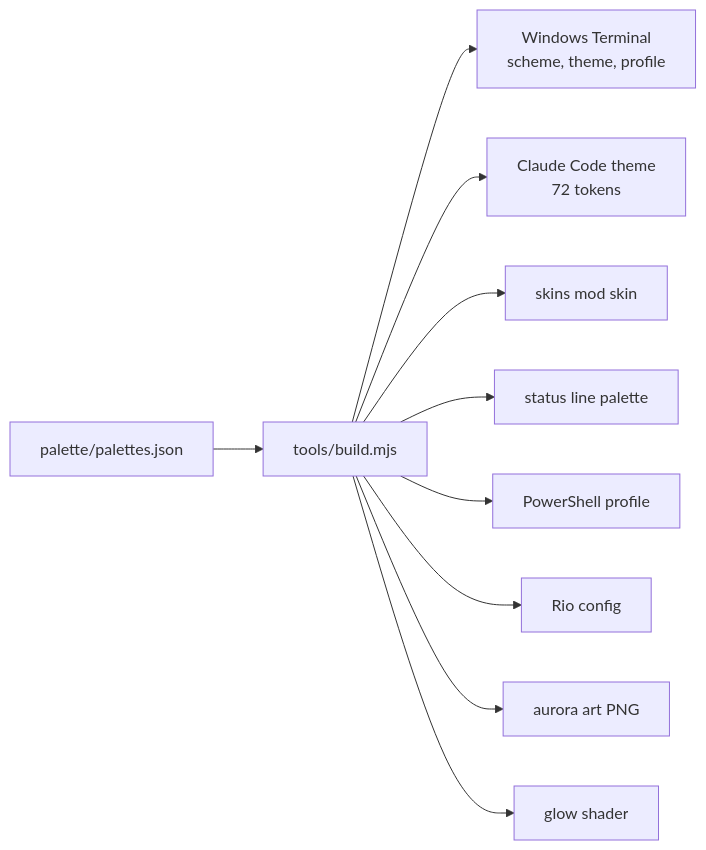
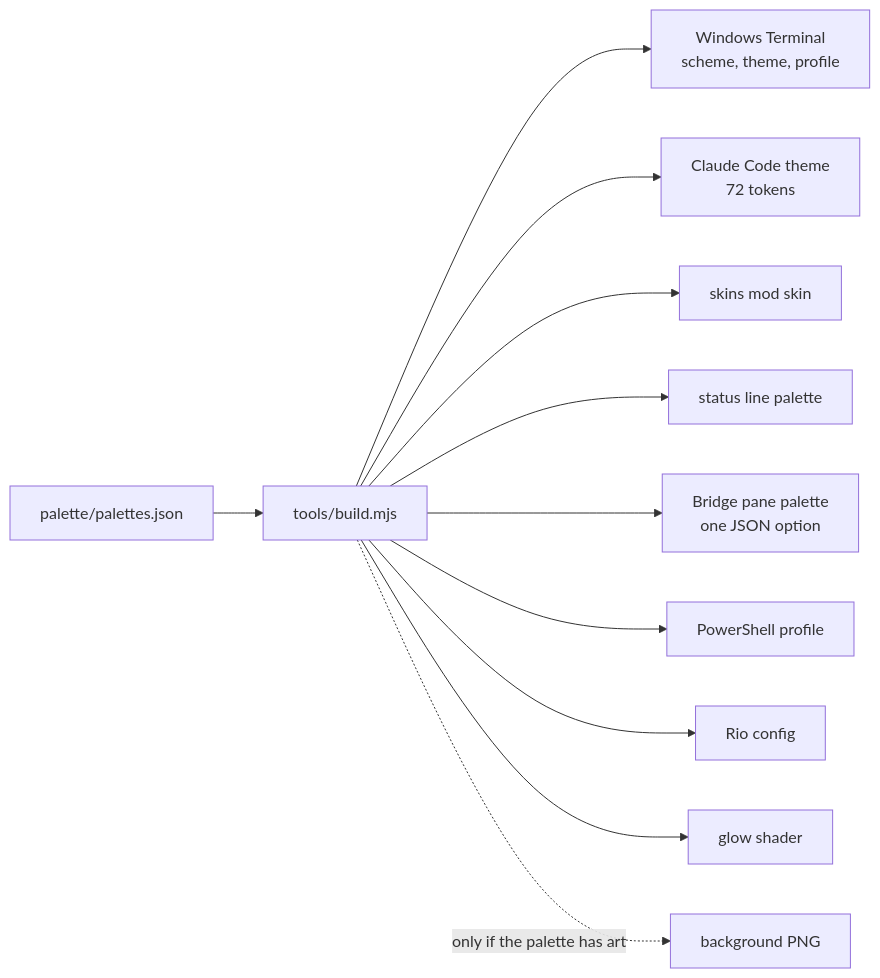
One commit to KanaparthySaiSreekar/claude-rice changed the diagram in v2-win/README.md. Above: the diagram before and after it, drawn with Mermaid. The commit also changed other lines of this file and 59 other files, not shown here.

First line of the commit message:
v2-win 2.1: Claude Ember, plain black palettes, and the first-party Bridge pane

````diff
--- a/v2-win/README.md
+++ b/v2-win/README.md
@@ -37,12 +52,13 @@
 ```mermaid
 flowchart LR
   P[palette/palettes.json] --> B[tools/build.mjs]
   B --> WT[Windows Terminal<br/>scheme, theme, profile]
   B --> CT[Claude Code theme<br/>72 tokens]
   B --> SK[skins mod skin]
   B --> ST[status line palette]
+  B --> BR[Bridge pane palette<br/>one JSON option]
   B --> PS[PowerShell profile]
   B --> RI[Rio config]
-  B --> AR[aurora art PNG]
   B --> SH[glow shader]
+  B -.->|only if the palette has art| AR[background PNG]
 ```
````
